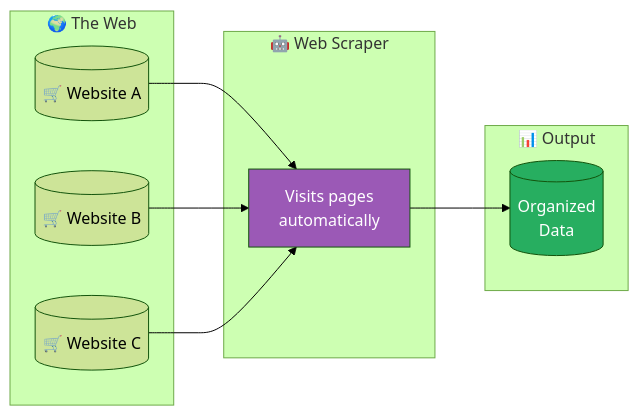
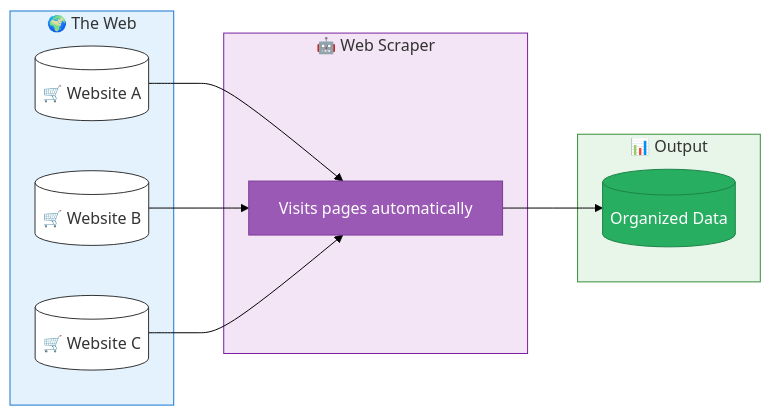
One commit to oddmayo/quarto changed the first of 3 diagrams in Gen10/AI-Scraper.qmd. Above: the diagram before and after it, drawn with Mermaid (forest theme). The commit also changed other lines of this file and 1 other file, not shown here.

````diff
--- a/Gen10/AI-Scraper.qmd
+++ b/Gen10/AI-Scraper.qmd
@@ -27,25 +27,31 @@
 ```{mermaid}
 %%| fig-width: 7
 flowchart LR
-    subgraph "🌍 The Web"
+    subgraph WEB ["🌍 The Web"]
         A[("🛒 Website A")]
         B[("🛒 Website B")]
         C[("🛒 Website C")]
     end
     
-    subgraph "🤖 Web Scraper"
-        D["Visits pages\nautomatically"]
+    subgraph SCRAPER ["🤖 Web Scraper"]
+        D["Visits pages automatically"]
     end
     
-    subgraph "📊 Output"
-        E[("Organized\nData")]
+    subgraph OUT ["📊 Output"]
+        E[("Organized Data")]
     end
     
     A --> D
     B --> D
     C --> D
     D --> E
     
-    style D fill:#9b59b6,color:#fff
-    style E fill:#27ae60,color:#fff
+    style WEB fill:#e3f2fd,stroke:#1976d2,color:#333
+    style SCRAPER fill:#f3e5f5,stroke:#7b1fa2,color:#333
+    style OUT fill:#e8f5e9,stroke:#388e3c,color:#333
+    style A fill:#fff,stroke:#333,color:#333
+    style B fill:#fff,stroke:#333,color:#333
+    style C fill:#fff,stroke:#333,color:#333
+    style D fill:#9b59b6,color:#fff,stroke:#7d3c98
+    style E fill:#27ae60,color:#fff,stroke:#1e8449
 ```
````
